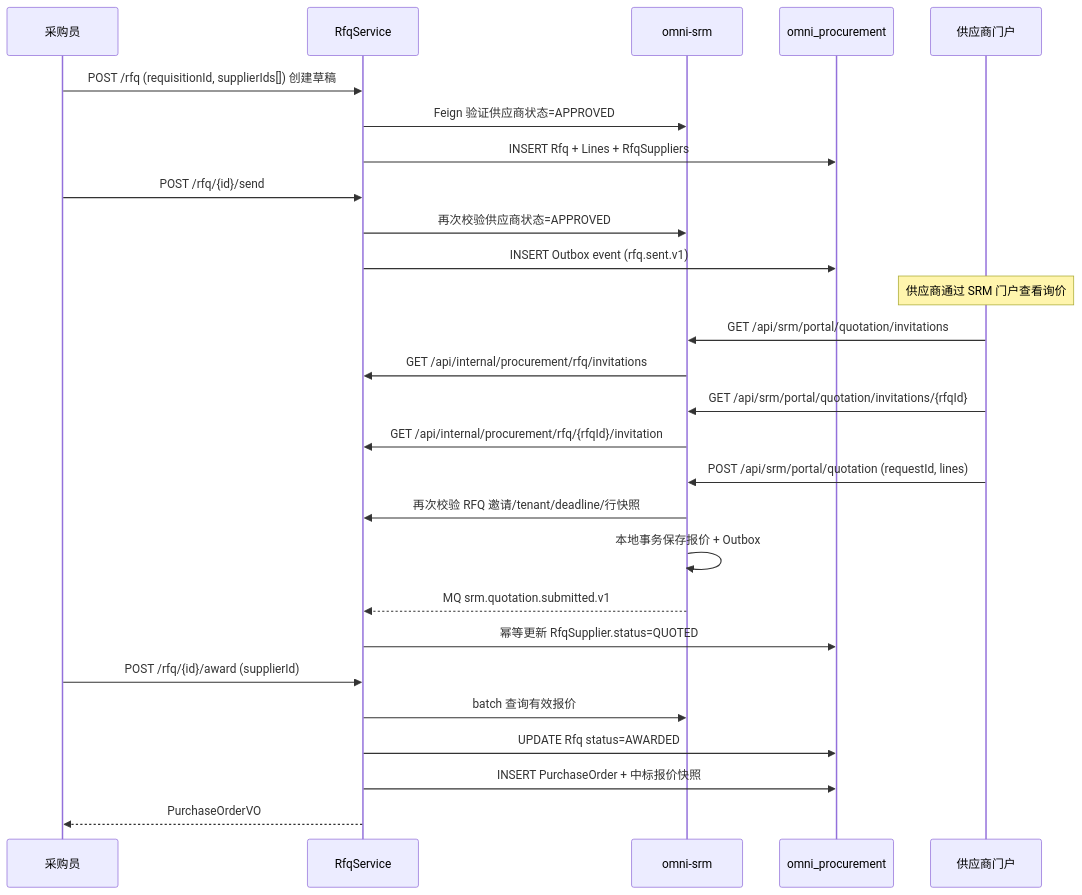
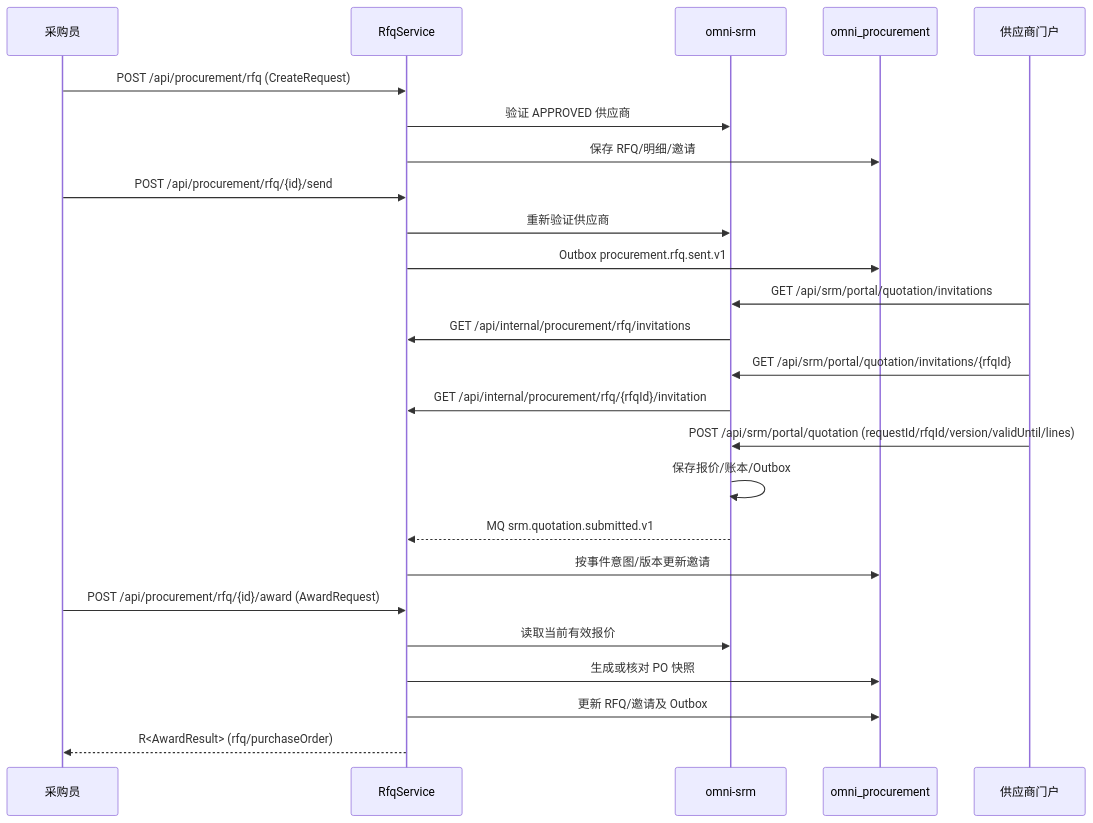
The fifth of 7 diagrams in docs/design/procurement-design.md (wang-baohai/Omni-Stack), drawn with Mermaid before and after one commit. The commit also changed other lines of this file and 1095 other files, not shown here.

````diff
--- a/docs/design/procurement-design.md
+++ b/docs/design/procurement-design.md
@@ -280,33 +285,27 @@
 ```mermaid
 sequenceDiagram
     participant BUYER as 采购员
     participant S as RfqService
     participant SRM as omni-srm
     participant DB as omni_procurement
     participant SUP as 供应商门户
-
-    BUYER->>S: POST /rfq (requisitionId, supplierIds[]) 创建草稿
-    S->>SRM: Feign 验证供应商状态=APPROVED
-    S->>DB: INSERT Rfq + Lines + RfqSuppliers
-    BUYER->>S: POST /rfq/{id}/send
-    S->>SRM: 再次校验供应商状态=APPROVED
-    S->>DB: INSERT Outbox event (rfq.sent.v1)
-
-    Note over SUP: 供应商通过 SRM 门户查看询价
-
+    BUYER->>S: POST /api/procurement/rfq (CreateRequest)
+    S->>SRM: 验证 APPROVED 供应商
+    S->>DB: 保存 RFQ/明细/邀请
+    BUYER->>S: POST /api/procurement/rfq/{id}/send
+    S->>SRM: 重新验证供应商
+    S->>DB: Outbox procurement.rfq.sent.v1
     SUP->>SRM: GET /api/srm/portal/quotation/invitations
     SRM->>S: GET /api/internal/procurement/rfq/invitations
     SUP->>SRM: GET /api/srm/portal/quotation/invitations/{rfqId}
     SRM->>S: GET /api/internal/procurement/rfq/{rfqId}/invitation
-    SUP->>SRM: POST /api/srm/portal/quotation (requestId, lines)
-    SRM->>S: 再次校验 RFQ 邀请/tenant/deadline/行快照
-    SRM->>SRM: 本地事务保存报价 + Outbox
+    SUP->>SRM: POST /api/srm/portal/quotation (requestId/rfqId/version/validUntil/lines)
+    SRM->>SRM: 保存报价/账本/Outbox
     SRM-->>S: MQ srm.quotation.submitted.v1
-    S->>DB: 幂等更新 RfqSupplier.status=QUOTED
-
-    BUYER->>S: POST /rfq/{id}/award (supplierId)
-    S->>SRM: batch 查询有效报价
-    S->>DB: UPDATE Rfq status=AWARDED
-    S->>DB: INSERT PurchaseOrder + 中标报价快照
-    S-->>BUYER: PurchaseOrderVO
+    S->>DB: 按事件意图/版本更新邀请
+    BUYER->>S: POST /api/procurement/rfq/{id}/award (AwardRequest)
+    S->>SRM: 读取当前有效报价
+    S->>DB: 生成或核对 PO 快照
+    S->>DB: 更新 RFQ/邀请及 Outbox
+    S-->>BUYER: R<AwardResult> (rfq/purchaseOrder)
 ```
````
